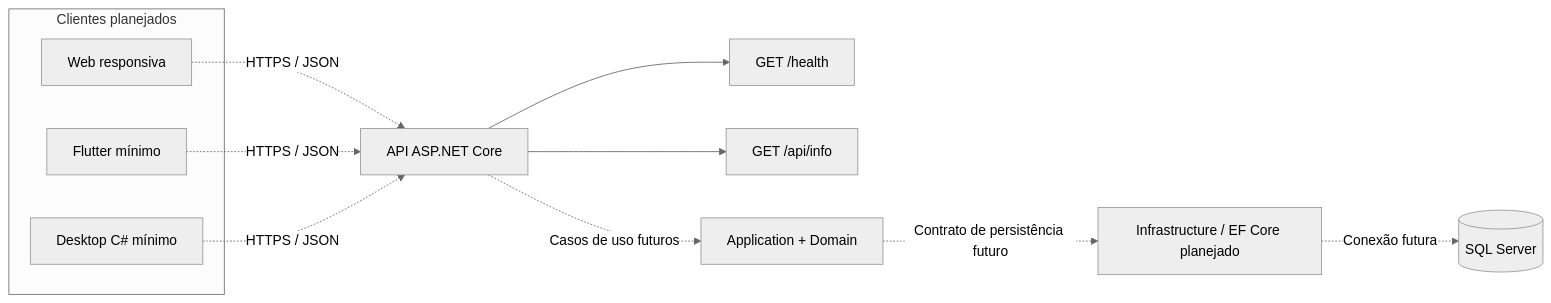
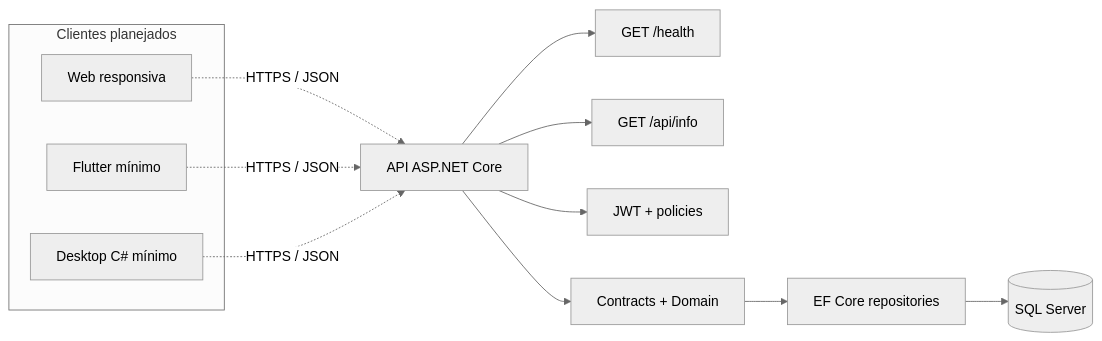
Before and after one commit to Heinrick1004/PIM_VIII: the second of 2 diagrams in docs/arquitetura.md, drawn with Mermaid (neutral theme). The commit also changed other lines of this file and 30 other files, not shown here.

````diff
--- a/docs/arquitetura.md
+++ b/docs/arquitetura.md
@@ -30,16 +28,17 @@
 ```mermaid
 flowchart LR
     subgraph Clientes[Clientes planejados]
         Web[Web responsiva]
         Mobile[Flutter mínimo]
         Desktop[Desktop C# mínimo]
     end
     Web -. HTTPS / JSON .-> Api[API ASP.NET Core]
     Mobile -. HTTPS / JSON .-> Api
     Desktop -. HTTPS / JSON .-> Api
     Api --> Health[GET /health]
     Api --> Info[GET /api/info]
-    Api -. Casos de uso futuros .-> Application[Application + Domain]
-    Application -. Contrato de persistência futuro .-> Infrastructure[Infrastructure / EF Core planejado]
-    Infrastructure -. Conexão futura .-> SQL[(SQL Server)]
+    Api --> Auth[JWT + policies]
+    Api --> Application[Contracts + Domain]
+    Application --> Infrastructure[EF Core repositories]
+    Infrastructure --> SQL[(SQL Server)]
 ```
````
